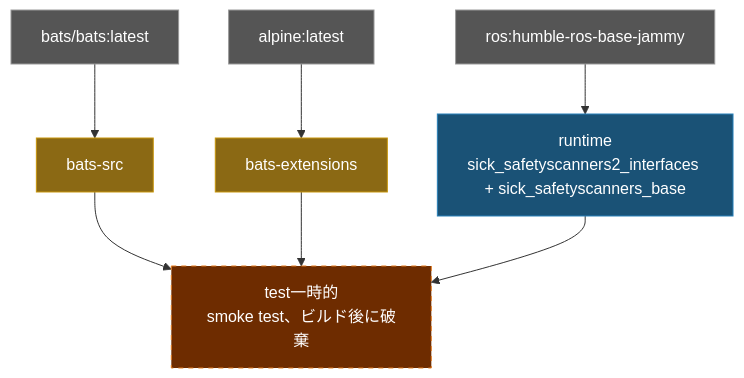
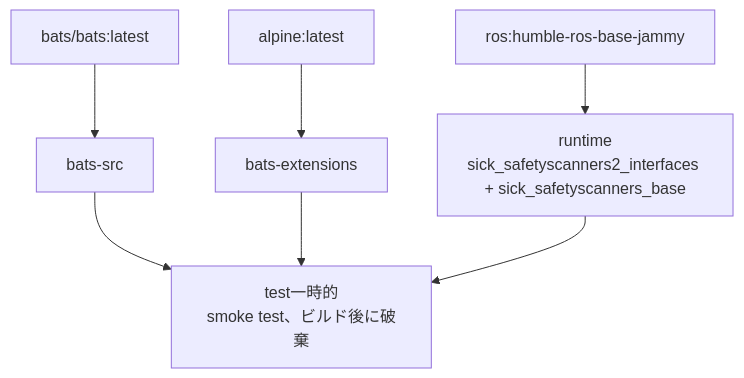
One commit to ycpss91255-docker/sick_humble changed the diagram in doc/README.ja.md. Above: the diagram before and after it, drawn with Mermaid. The commit also changed 3 other files, not shown here.

Commit message:
docs: remove mermaid background colors from architecture diagrams (#15)

````diff
--- a/doc/README.ja.md
+++ b/doc/README.ja.md
@@ -83,20 +83,16 @@
 ```mermaid
 graph TD
-    EXT1["bats/bats:latest"]:::external
-    EXT2["alpine:latest"]:::external
-    EXT3["ros:humble-ros-base-jammy"]:::external
+    EXT1["bats/bats:latest"]
+    EXT2["alpine:latest"]
+    EXT3["ros:humble-ros-base-jammy"]
 
-    EXT1 --> bats-src["bats-src"]:::tool
-    EXT2 --> bats-ext["bats-extensions"]:::tool
+    EXT1 --> bats-src["bats-src"]
+    EXT2 --> bats-ext["bats-extensions"]
 
-    EXT3 --> runtime["runtime\nsick_safetyscanners2_interfaces + sick_safetyscanners_base"]:::stage
+    EXT3 --> runtime["runtime\nsick_safetyscanners2_interfaces + sick_safetyscanners_base"]
 
-    bats-src --> test["test一時的\nsmoke test、ビルド後に破棄"]:::ephemeral
+    bats-src --> test["test一時的\nsmoke test、ビルド後に破棄"]
     bats-ext --> test
     runtime --> test
 
-    classDef external fill:#555,color:#fff,stroke:#999
-    classDef tool fill:#8B6914,color:#fff,stroke:#c8960c
-    classDef stage fill:#1a5276,color:#fff,stroke:#2980b9
-    classDef ephemeral fill:#6e2c00,color:#fff,stroke:#e67e22,stroke-dasharray:5 5
 ```
````
